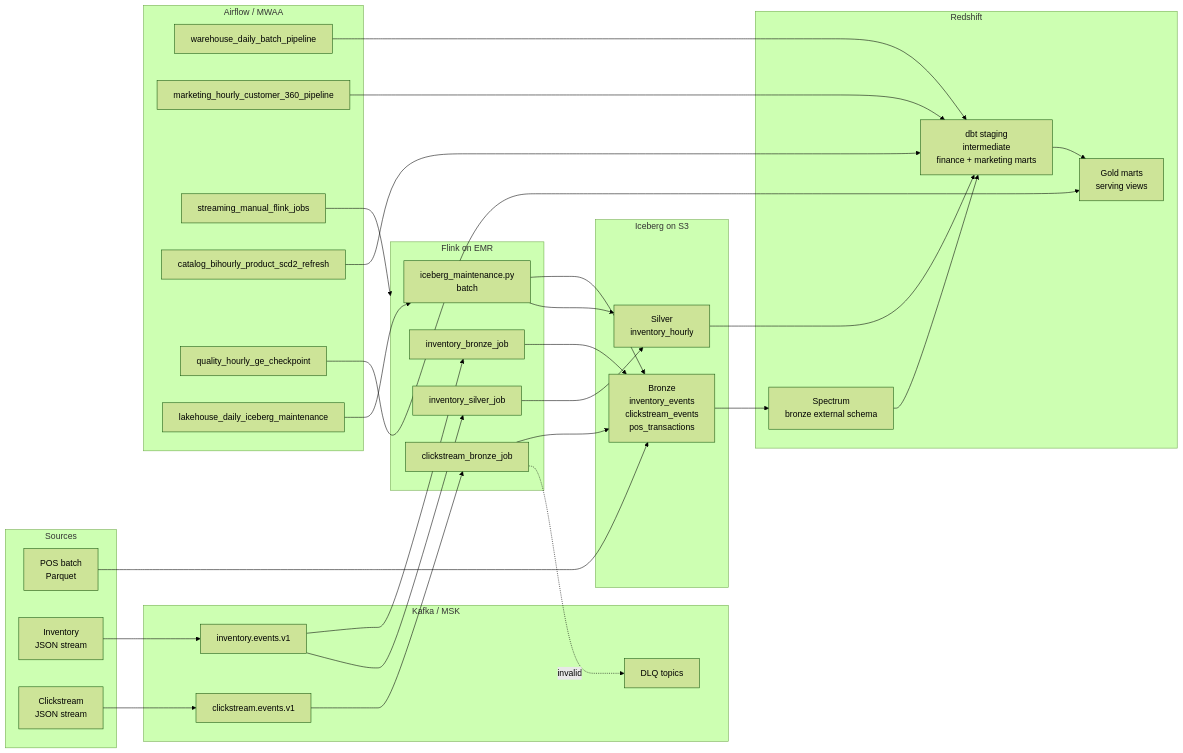
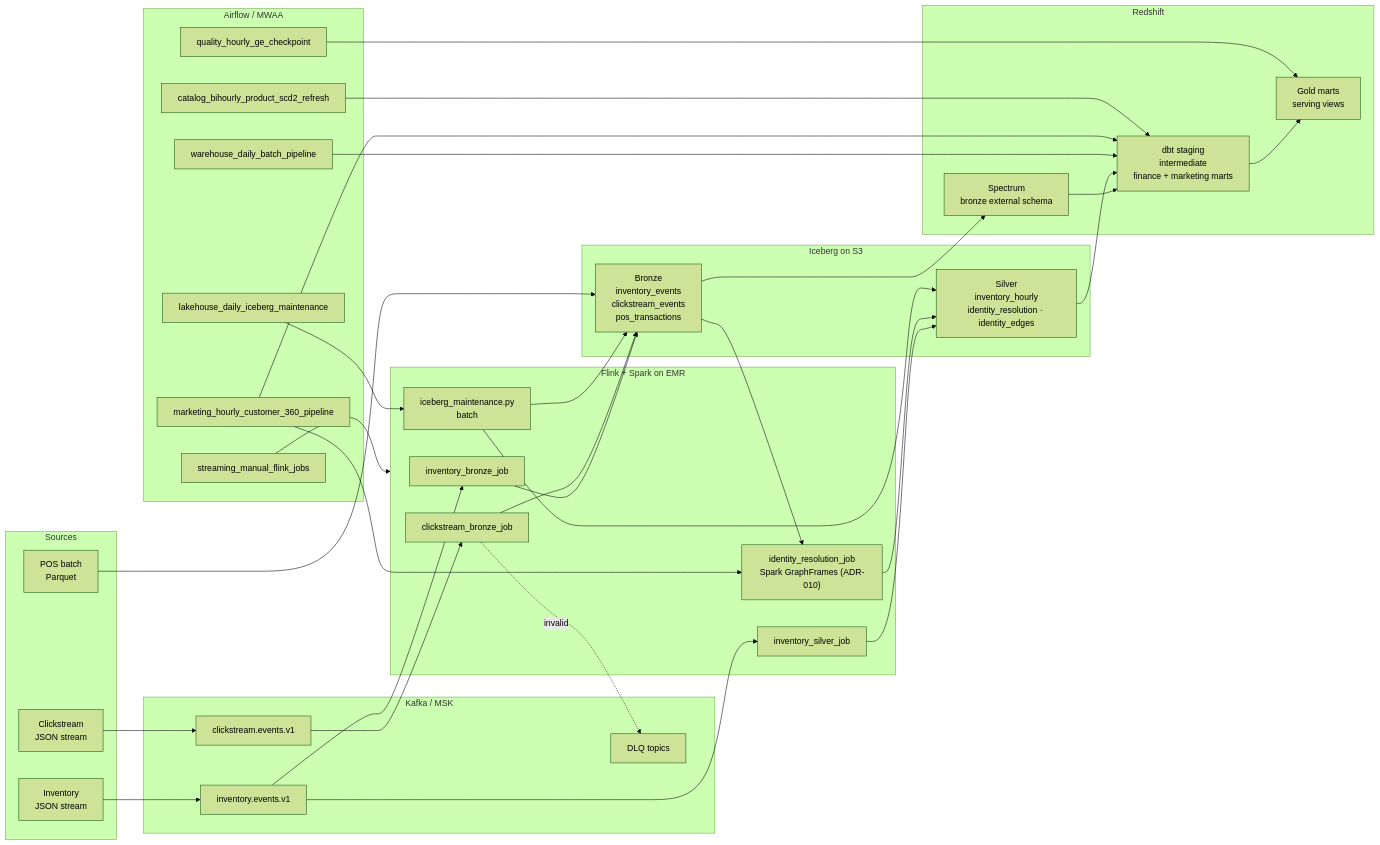
The diagram in ARCHITECTURE.md (jerry98s/global_retail_analytics), drawn with Mermaid (forest theme) before and after one commit. The commit also changed other lines of this file and 31 other files, not shown here.

First line of the commit message:
feat(identity): move identity graph to Spark GraphFrames (ADR-010)

````diff
--- a/ARCHITECTURE.md
+++ b/ARCHITECTURE.md
@@ -23,57 +23,60 @@
 ```mermaid
 flowchart LR
   subgraph SRC["Sources"]
     POS["POS batch<br/>Parquet"]
     INV["Inventory<br/>JSON stream"]
     CLK["Clickstream<br/>JSON stream"]
   end
 
   subgraph KAFKA["Kafka / MSK"]
     KINV["inventory.events.v1"]
     KCLK["clickstream.events.v1"]
     KDLQ["DLQ topics"]
   end
 
-  subgraph FLINK["Flink on EMR"]
+  subgraph FLINK["Flink + Spark on EMR"]
     FINVB["inventory_bronze_job"]
     FINVS["inventory_silver_job"]
     FCLKB["clickstream_bronze_job"]
     FMAINT["iceberg_maintenance.py<br/>batch"]
+    SPK["identity_resolution_job<br/>Spark GraphFrames (ADR-010)"]
   end
 
   subgraph LAKE["Iceberg on S3"]
     BRZ["Bronze<br/>inventory_events<br/>clickstream_events<br/>pos_transactions"]
-    SLV["Silver<br/>inventory_hourly"]
+    SLV["Silver<br/>inventory_hourly<br/>identity_resolution · identity_edges"]
   end
 
   subgraph REDSHIFT["Redshift"]
     SPEC["Spectrum<br/>bronze external schema"]
     DBT["dbt staging<br/>intermediate<br/>finance + marketing marts"]
     GOLD["Gold marts<br/>serving views"]
   end
 
   subgraph AIRFLOW["Airflow / MWAA"]
     D1["warehouse_daily_batch_pipeline"]
     D2["marketing_hourly_customer_360_pipeline"]
     D3["streaming_manual_flink_jobs"]
     D4["catalog_bihourly_product_scd2_refresh"]
     D5["quality_hourly_ge_checkpoint"]
     D6["lakehouse_daily_iceberg_maintenance"]
   end
 
   POS --> BRZ
   INV --> KINV --> FINVB --> BRZ
   KINV --> FINVS --> SLV
   CLK --> KCLK --> FCLKB --> BRZ
   FCLKB -.invalid.-> KDLQ
   BRZ --> SPEC --> DBT --> GOLD
+  BRZ --> SPK --> SLV
   SLV --> DBT
   FMAINT --> BRZ
   FMAINT --> SLV
   D1 --> DBT
+  D2 --> SPK
   D2 --> DBT
   D3 --> FLINK
   D4 --> DBT
   D5 --> GOLD
   D6 --> FMAINT
 ```
````
